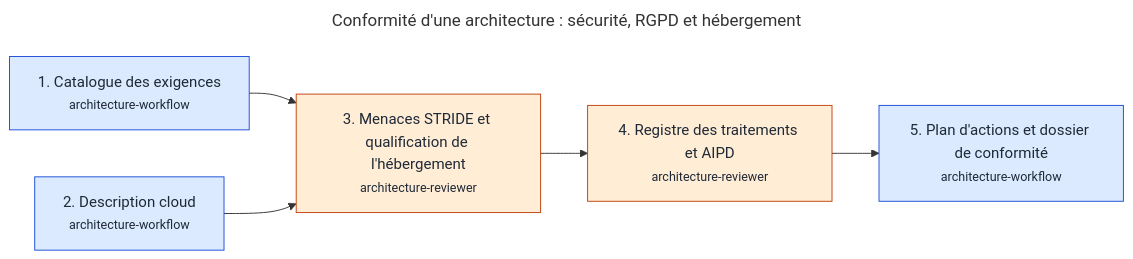
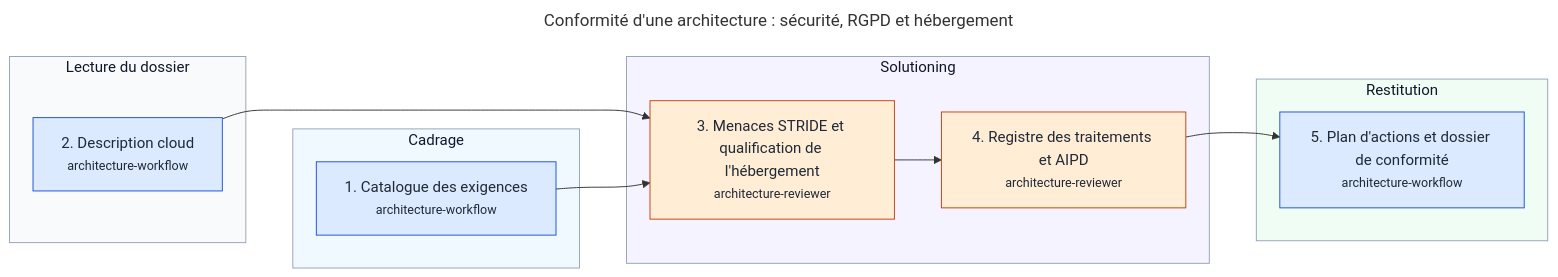
One commit to RenaudVanhille/myskills changed the diagram in docs/workflows/conformite.md. Above: the diagram before and after it, drawn with Mermaid. The commit also changed other lines of this file and 35 other files, not shown here.

````diff
--- a/docs/workflows/conformite.md
+++ b/docs/workflows/conformite.md
@@ -19,20 +19,35 @@
 ```mermaid
 ---
 title: "Conformité d'une architecture : sécurité, RGPD et hébergement"
 ---
 flowchart LR
-  s_exigences["1. Catalogue des exigences<br/><small>architecture-workflow</small>"]
-  s_description["2. Description cloud<br/><small>architecture-workflow</small>"]
-  s_menaces["3. Menaces STRIDE et qualification de l'hébergement<br/><small>architecture-reviewer</small>"]
-  s_rgpd["4. Registre des traitements et AIPD<br/><small>architecture-reviewer</small>"]
-  s_plan["5. Plan d'actions et dossier de conformité<br/><small>architecture-workflow</small>"]
+  subgraph z_lecture["Lecture du dossier"]
+    s_description["2. Description cloud<br/><small>architecture-workflow</small>"]
+  end
+  style z_lecture fill:#f8fafc,stroke:#94a3b8,color:#0f172a
+  subgraph z_cadrage["Cadrage"]
+    s_exigences["1. Catalogue des exigences<br/><small>architecture-workflow</small>"]
+  end
+  style z_cadrage fill:#f0f9ff,stroke:#94a3b8,color:#0f172a
+  subgraph z_solutioning["Solutioning"]
+    s_menaces["3. Menaces STRIDE et qualification de l'hébergement<br/><small>architecture-reviewer</small>"]
+    s_rgpd["4. Registre des traitements et AIPD<br/><small>architecture-reviewer</small>"]
+  end
+  style z_solutioning fill:#f5f3ff,stroke:#94a3b8,color:#0f172a
+  subgraph z_restitution["Restitution"]
+    s_plan["5. Plan d'actions et dossier de conformité<br/><small>architecture-workflow</small>"]
+  end
+  style z_restitution fill:#f0fdf4,stroke:#94a3b8,color:#0f172a
   s_exigences --> s_menaces
   s_description --> s_menaces
   s_menaces --> s_rgpd
   s_rgpd --> s_plan
+  s_description ~~~ s_exigences
+  s_exigences ~~~ s_menaces
+  s_rgpd ~~~ s_plan
   classDef moteur fill:#dbeafe,stroke:#1d4ed8,color:#1f2937
   classDef agent fill:#ffedd5,stroke:#c2410c,color:#1f2937
   classDef facultative stroke-dasharray:5 5
   class s_exigences,s_description,s_plan moteur
   class s_menaces,s_rgpd agent
 ```
````
